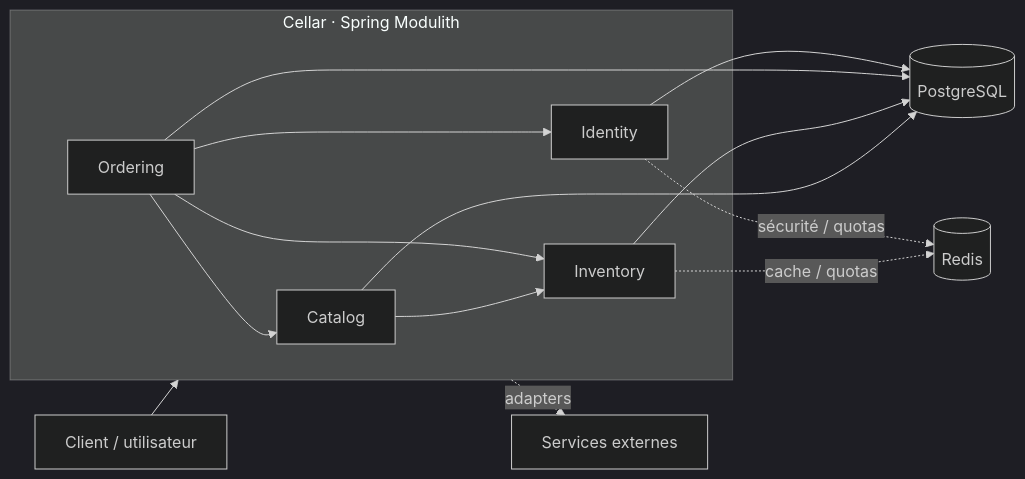
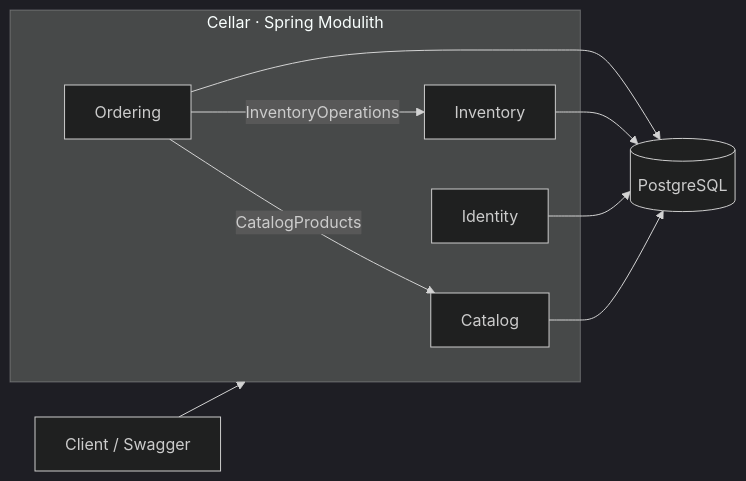
One commit to mjodheim/Cellar changed the first of 2 diagrams in README.md. Above: the diagram before and after it, drawn with Mermaid (dark theme). The commit also changed other lines of this file, not shown here.

````diff
--- a/README.md
+++ b/README.md
@@ -33,29 +30,23 @@
 ```mermaid
 flowchart LR
-    U[Client / utilisateur]
+    CLIENT[Client / Swagger]
 
     subgraph CELLAR[Cellar · Spring Modulith]
         C[Catalog]
         I[Inventory]
         O[Ordering]
         ID[Identity]
 
-        C --> I
-        O --> C
-        O --> I
-        O --> ID
+        O -->|CatalogProducts| C
+        O -->|InventoryOperations| I
     end
 
     DB[(PostgreSQL)]
-    R[(Redis)]
-    EXT[Services externes]
 
-    U --> CELLAR
+    CLIENT --> CELLAR
+
     C --> DB
     I --> DB
     O --> DB
     ID --> DB
-    I -. cache / quotas .-> R
-    ID -. sécurité / quotas .-> R
-    CELLAR -. adapters .-> EXT
 ```
````
